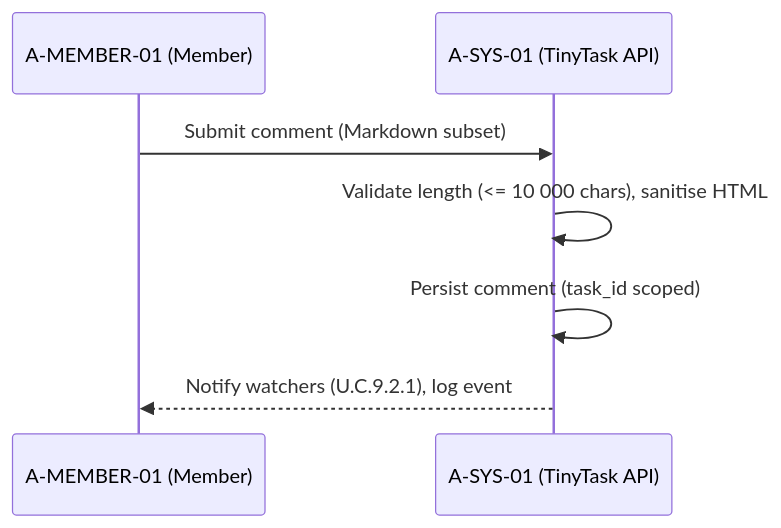
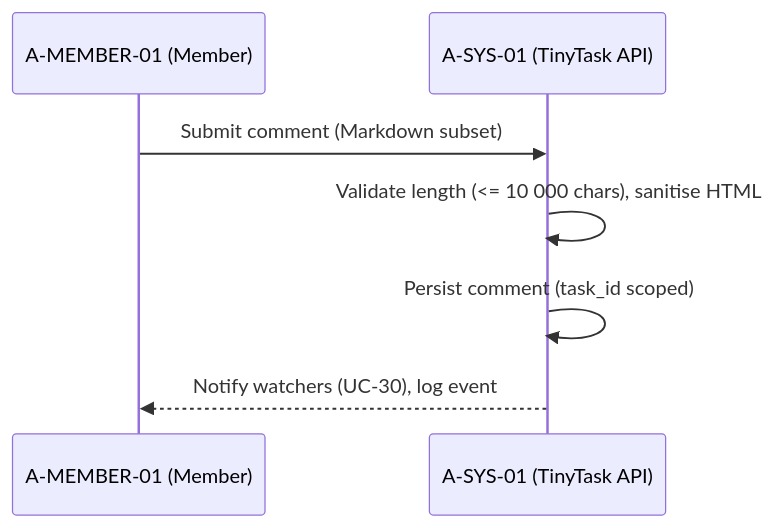
One commit to pauloribeiro16/Methodology_compact changed diagram 12 of 23 in 02_CASES/Case_01_TinyTask_SaaS/03_PHASE3_DECOMPOSITION_RICH/annexes/B_Sequence_Diagrams.md. Above: the diagram before and after it, drawn with Mermaid. The commit also changed other lines of this file and 34 other files, not shown here.

Commit message:
[EXECUTOR] F2 RENUMBER Case_01: U.C.x.y.z flattened → UC-01..40 (compliance 01..17 + product 18..40), two-phase, 20 files, xlsx+builder regenerated, 11 SVGs re-rendered; gates PASS (verify_rich 0, audit 100%, mermaid 192/192, smoke 16/16)

````diff
--- a/02_CASES/Case_01_TinyTask_SaaS/03_PHASE3_DECOMPOSITION_RICH/annexes/B_Sequence_Diagrams.md
+++ b/02_CASES/Case_01_TinyTask_SaaS/03_PHASE3_DECOMPOSITION_RICH/annexes/B_Sequence_Diagrams.md
@@ -158,9 +159,9 @@
 ```mermaid
 sequenceDiagram
     participant M as A-MEMBER-01 (Member)
     participant SYS as A-SYS-01 (TinyTask API)
     M->>SYS: Submit comment (Markdown subset)
     SYS->>SYS: Validate length (<= 10 000 chars), sanitise HTML
     SYS->>SYS: Persist comment (task_id scoped)
-    SYS-->>M: Notify watchers (U.C.9.2.1), log event
+    SYS-->>M: Notify watchers (UC-30), log event
 ```
````
